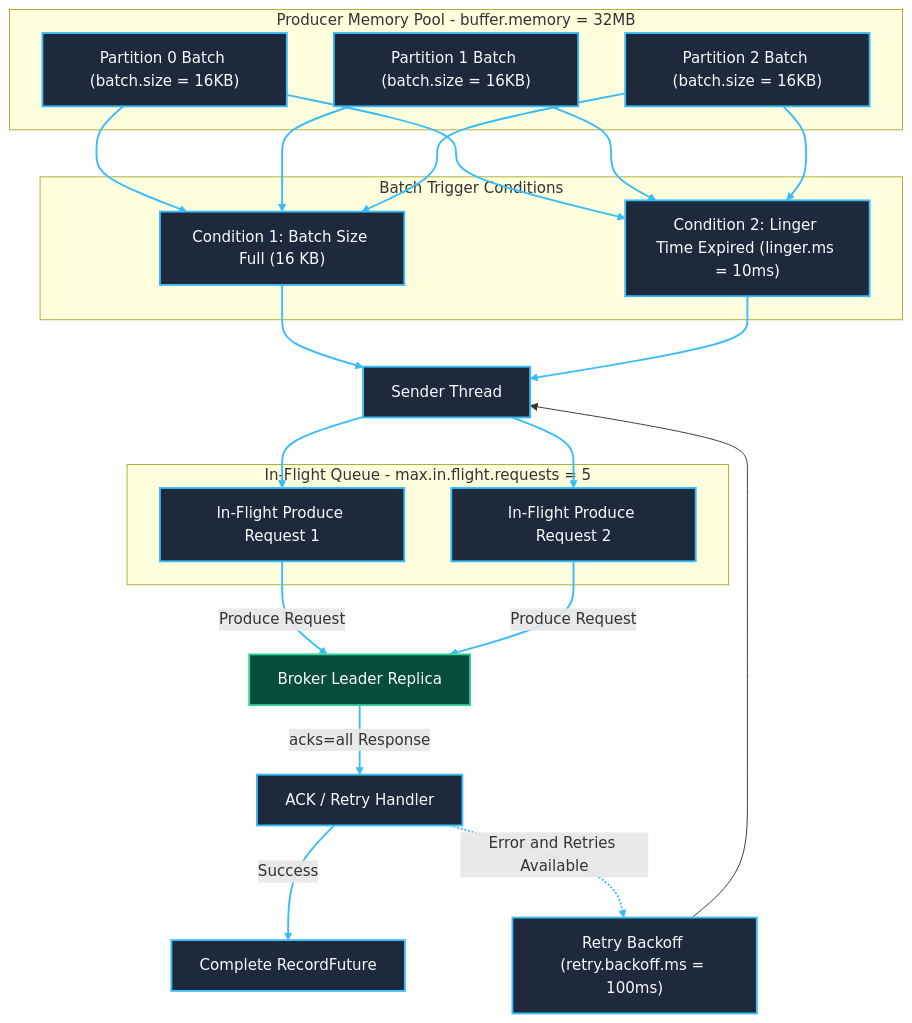
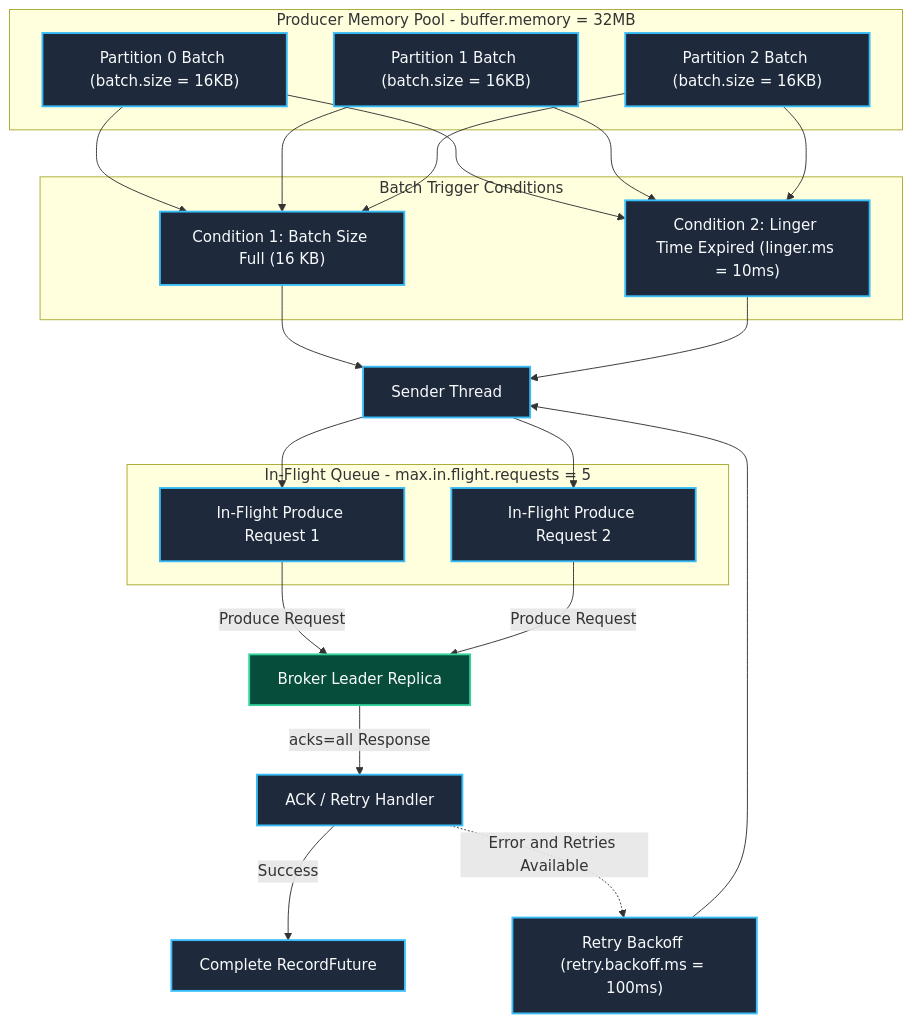
Before and after one commit to Chief-Strategist-J/llm-obs-infra: the sixth of 24 diagrams in docs/configDoc/kafka-configuration-guide.md, drawn with Mermaid. The commit also changed other lines of this file, not shown here.

Commit message:
fix(kafka-docs): remove linkStyle directives and replace ampersands in Mermaid diagrams to eliminate GitHub rendering crashes

````diff
--- a/docs/configDoc/kafka-configuration-guide.md
+++ b/docs/configDoc/kafka-configuration-guide.md
@@ -738,53 +720,51 @@
 ```mermaid
 graph TB
     subgraph ProducerMemoryPool ["Producer Memory Pool - buffer.memory = 32MB"]
         BatchP0["Partition 0 Batch (batch.size = 16KB)"]
         BatchP1["Partition 1 Batch (batch.size = 16KB)"]
         BatchP2["Partition 2 Batch (batch.size = 16KB)"]
     end
 
     subgraph BatchTriggerLogic ["Batch Trigger Conditions"]
         Trigger1["Condition 1: Batch Size Full (16 KB)"]
         Trigger2["Condition 2: Linger Time Expired (linger.ms = 10ms)"]
     end
 
     BatchP0 --> Trigger1
     BatchP1 --> Trigger1
     BatchP2 --> Trigger1
     BatchP0 --> Trigger2
     BatchP1 --> Trigger2
     BatchP2 --> Trigger2
 
     Trigger1 --> SenderThread["Sender Thread"]
     Trigger2 --> SenderThread
 
     subgraph InFlightNetworkQueue ["In-Flight Queue - max.in.flight.requests = 5"]
         Req1["In-Flight Produce Request 1"]
         Req2["In-Flight Produce Request 2"]
     end
 
     SenderThread --> Req1
     SenderThread --> Req2
     Req1 -->|Produce Request| BrokerNode["Broker Leader Replica"]
     Req2 -->|Produce Request| BrokerNode
 
     BrokerNode -->|acks=all Response| AckHandler["ACK / Retry Handler"]
     AckHandler -->|Success| Complete["Complete RecordFuture"]
     AckHandler -.->|Error and Retries Available| RetryQueue["Retry Backoff (retry.backoff.ms = 100ms)"]
     RetryQueue --> SenderThread
 
     style BatchP0 fill:#1e293b,stroke:#38bdf8,stroke-width:2px,color:#f8fafc
     style BatchP1 fill:#1e293b,stroke:#38bdf8,stroke-width:2px,color:#f8fafc
     style BatchP2 fill:#1e293b,stroke:#38bdf8,stroke-width:2px,color:#f8fafc
     style Trigger1 fill:#1e293b,stroke:#38bdf8,stroke-width:2px,color:#f8fafc
     style Trigger2 fill:#1e293b,stroke:#38bdf8,stroke-width:2px,color:#f8fafc
     style SenderThread fill:#1e293b,stroke:#38bdf8,stroke-width:2px,color:#f8fafc
     style Req1 fill:#1e293b,stroke:#38bdf8,stroke-width:2px,color:#f8fafc
     style Req2 fill:#1e293b,stroke:#38bdf8,stroke-width:2px,color:#f8fafc
     style BrokerNode fill:#064e3b,stroke:#34d399,stroke-width:2px,color:#f8fafc
     style AckHandler fill:#1e293b,stroke:#38bdf8,stroke-width:2px,color:#f8fafc
     style Complete fill:#1e293b,stroke:#38bdf8,stroke-width:2px,color:#f8fafc
     style RetryQueue fill:#1e293b,stroke:#38bdf8,stroke-width:2px,color:#f8fafc
-
-    linkStyle 0,1,2,3,4,5,6,7,8,9,10,11,12,13,14 stroke:#38bdf8,stroke-width:2px;
 ```
````
